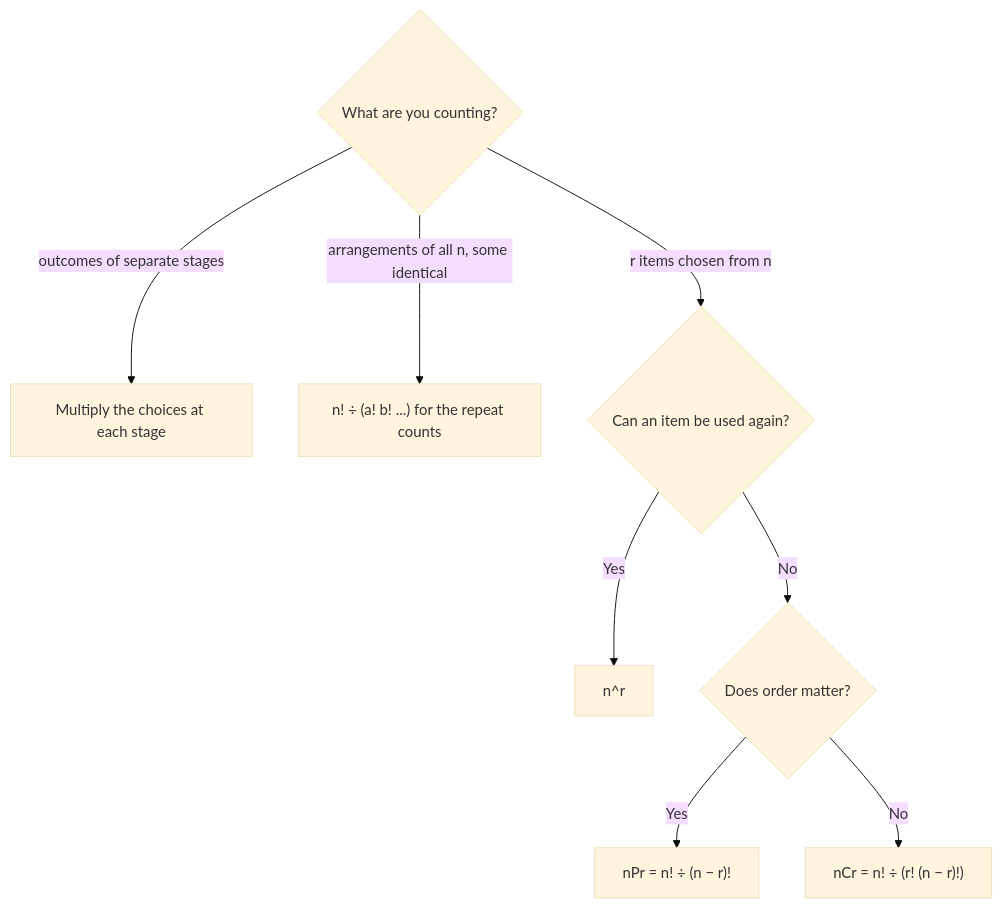
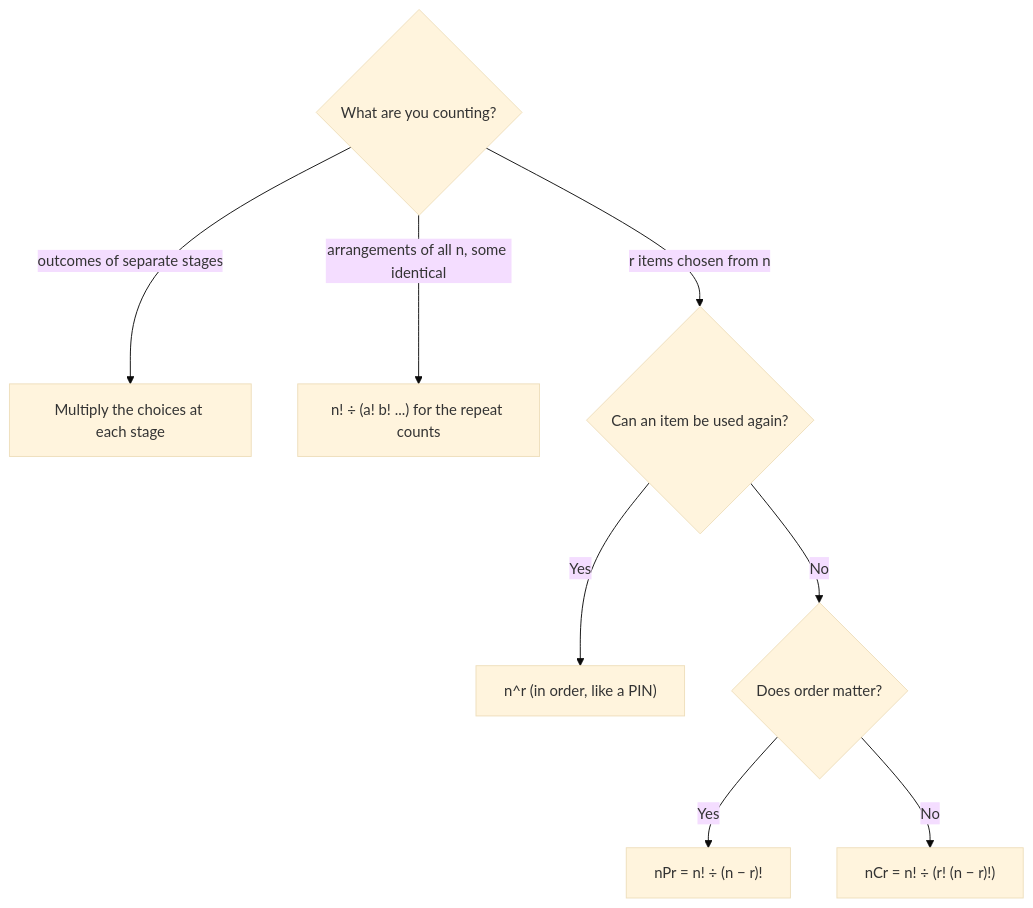
One commit to Aziliz/erudior changed the diagram in content/math/ap-statistics/lessons/23-counting.md. Above: the diagram before and after it, drawn with Mermaid (base theme). The commit also changed 39 other files, not shown here.

````diff
--- a/content/math/ap-statistics/lessons/23-counting.md
+++ b/content/math/ap-statistics/lessons/23-counting.md
@@ -90,13 +90,13 @@
 ```mermaid
 flowchart TD
   accTitle: Choosing a counting rule
-  accDescr: Ask what you are counting. For outcomes built in separate stages, multiply the number of choices at each stage. For arrangements of all n letters or objects when some are identical, use n factorial divided by the factorial of each repeat count. For choosing r items from n, first ask whether the same item can be used again: if yes, there are n to the power r ways; if no, ask whether order matters: if it does, use the permutation count nPr, and if not, the combination count nCr.
+  accDescr: Ask what you are counting. For outcomes built in separate stages, multiply the number of choices at each stage. For arrangements of all n letters or objects when some are identical, use n factorial divided by the factorial of each repeat count. For choosing r items from n, first ask whether the same item can be used again: if yes, and order matters, as in a PIN, there are n to the power r ways; if no, ask whether order matters: if it does, use the permutation count nPr, and if not, the combination count nCr.
   Q{"What are you counting?"}
   Q -->|"outcomes of separate stages"| M["Multiply the choices at each stage"]
   Q -->|"arrangements of all n, some identical"| R["n! ÷ (a! b! ...) for the repeat counts"]
   Q -->|"r items chosen from n"| Q2{"Can an item be used again?"}
-  Q2 -->|"Yes"| PW["n^r"]
+  Q2 -->|"Yes"| PW["n^r (in order, like a PIN)"]
   Q2 -->|"No"| Q3{"Does order matter?"}
   Q3 -->|"Yes"| P["nPr = n! ÷ (n − r)!"]
   Q3 -->|"No"| C["nCr = n! ÷ (r! (n − r)!)"]
 ```
````
